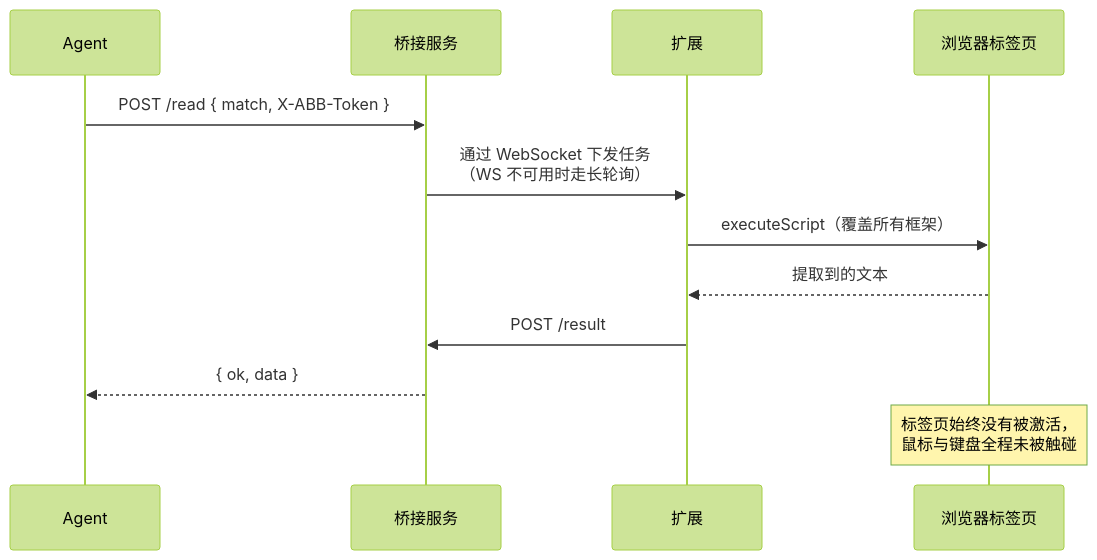
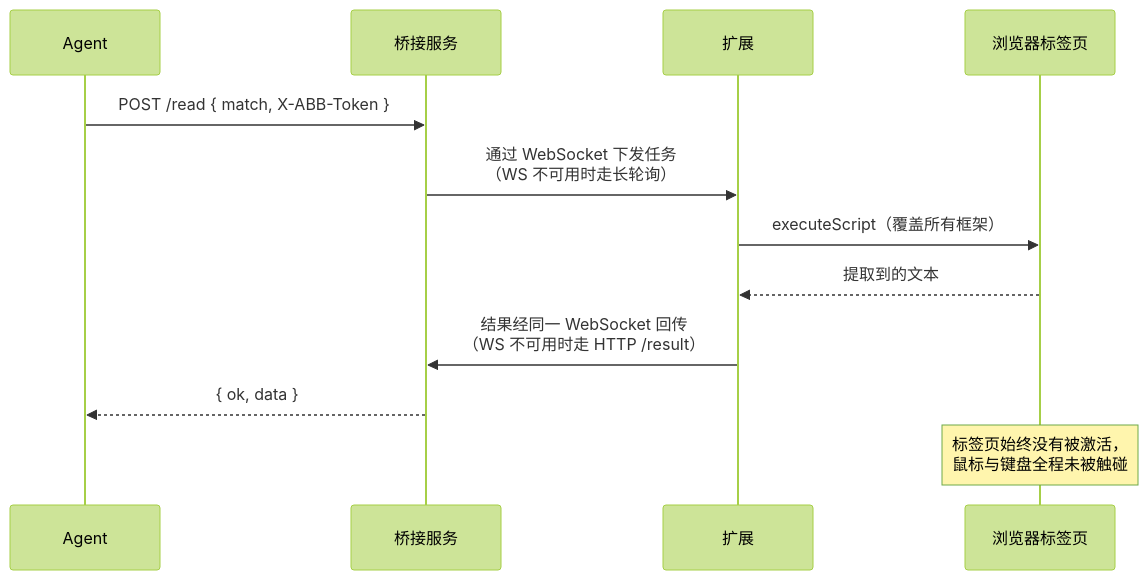
The second of 3 diagrams in README.zh-CN.md (hhhwdt/agent-browser-bridge), drawn with Mermaid (forest theme) before and after one commit. The commit also changed other lines of this file and 8 other files, not shown here.

````diff
--- a/README.zh-CN.md
+++ b/README.zh-CN.md
@@ -79,14 +79,14 @@
 ```mermaid
 sequenceDiagram
     participant A as Agent
     participant S as 桥接服务
     participant X as 扩展
     participant B as 浏览器标签页
     A->>S: POST /read { match, X-ABB-Token }
     S->>X: 通过 WebSocket 下发任务<br/>（WS 不可用时走长轮询）
     X->>B: executeScript（覆盖所有框架）
     B-->>X: 提取到的文本
-    X->>S: POST /result
+    X->>S: 结果经同一 WebSocket 回传<br/>（WS 不可用时走 HTTP /result）
     S-->>A: { ok, data }
     Note over B: 标签页始终没有被激活，<br/>鼠标与键盘全程未被触碰
 ```
````
